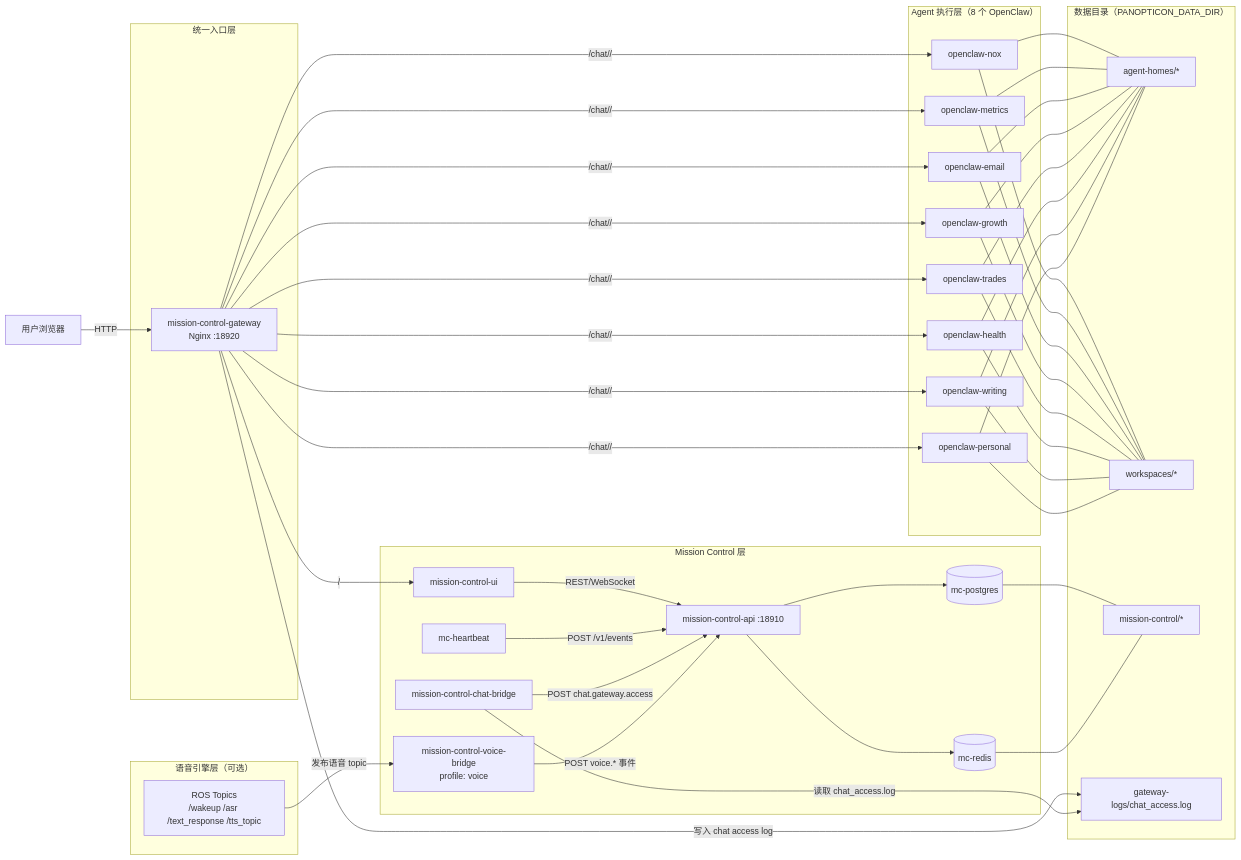
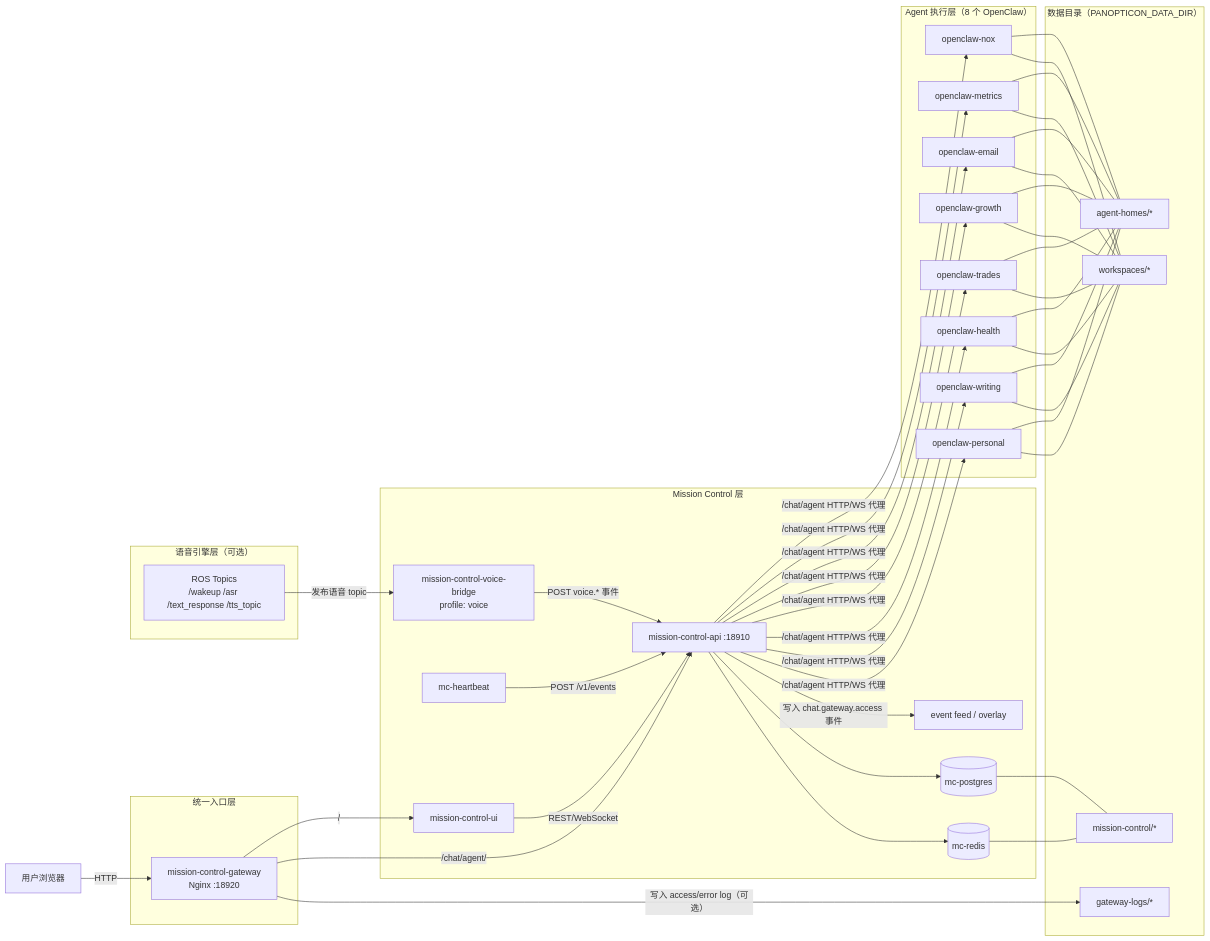
Before and after one commit to Ieer/OpenClaw-PWTInstaller: the diagram in panopticon/README.md, drawn with Mermaid. The commit also changed other lines of this file and 9 other files, not shown here.

First line of the commit message:
refactor(chat-gateway): unify /chat proxy via mission-control-api and clean docs

````diff
--- a/panopticon/README.md
+++ b/panopticon/README.md
@@ -24,81 +24,81 @@
 ```mermaid
 flowchart LR
   U[用户浏览器]
 
   subgraph G[统一入口层]
     GW[mission-control-gateway\nNginx :18920]
   end
 
   subgraph MC[Mission Control 层]
     UI[mission-control-ui]
     API[mission-control-api :18910]
+    FEED[event feed / overlay]
     HB[mc-heartbeat]
-    BR[mission-control-chat-bridge]
     VB[mission-control-voice-bridge\nprofile: voice]
     PG[(mc-postgres)]
     RD[(mc-redis)]
   end
 
   subgraph VOICE[语音引擎层（可选）]
     ROS[ROS Topics\n/wakeup /asr /text_response /tts_topic]
   end
 
   subgraph AG[Agent 执行层（8 个 OpenClaw）]
     A1[openclaw-nox]
     A2[openclaw-metrics]
     A3[openclaw-email]
     A4[openclaw-growth]
     A5[openclaw-trades]
     A6[openclaw-health]
     A7[openclaw-writing]
     A8[openclaw-personal]
   end
 
   subgraph DATA[数据目录（PANOPTICON_DATA_DIR）]
     AH[agent-homes/*]
     WS[workspaces/*]
     MD[mission-control/*]
-    GL[gateway-logs/chat_access.log]
+    GL[gateway-logs/*]
   end
 
   U -->|HTTP| GW
   GW -->|/| UI
-  GW -->|/chat/<agent>/| A1
-  GW -->|/chat/<agent>/| A2
-  GW -->|/chat/<agent>/| A3
-  GW -->|/chat/<agent>/| A4
-  GW -->|/chat/<agent>/| A5
-  GW -->|/chat/<agent>/| A6
-  GW -->|/chat/<agent>/| A7
-  GW -->|/chat/<agent>/| A8
-  GW -->|写入 chat access log| GL
+  GW -->|/chat/agent/| API
+  GW -->|写入 access/error log（可选）| GL
 
   UI -->|REST/WebSocket| API
   HB -->|POST /v1/events| API
-  BR -->|读取 chat_access.log| GL
-  BR -->|POST chat.gateway.access| API
   ROS -->|发布语音 topic| VB
   VB -->|POST voice.* 事件| API
+  API -->|/chat/agent HTTP/WS 代理| A1
+  API -->|/chat/agent HTTP/WS 代理| A2
+  API -->|/chat/agent HTTP/WS 代理| A3
+  API -->|/chat/agent HTTP/WS 代理| A4
+  API -->|/chat/agent HTTP/WS 代理| A5
+  API -->|/chat/agent HTTP/WS 代理| A6
+  API -->|/chat/agent HTTP/WS 代理| A7
+  API -->|/chat/agent HTTP/WS 代理| A8
+  API -->|写入 chat.gateway.access 事件| FEED
 
   API --> PG
   API --> RD
 
   A1 --- AH
   A2 --- AH
   A3 --- AH
   A4 --- AH
   A5 --- AH
   A6 --- AH
   A7 --- AH
   A8 --- AH
   A1 --- WS
   A2 --- WS
   A3 --- WS
   A4 --- WS
   A5 --- WS
   A6 --- WS
   A7 --- WS
   A8 --- WS
   PG --- MD
   RD --- MD
 ```
````
